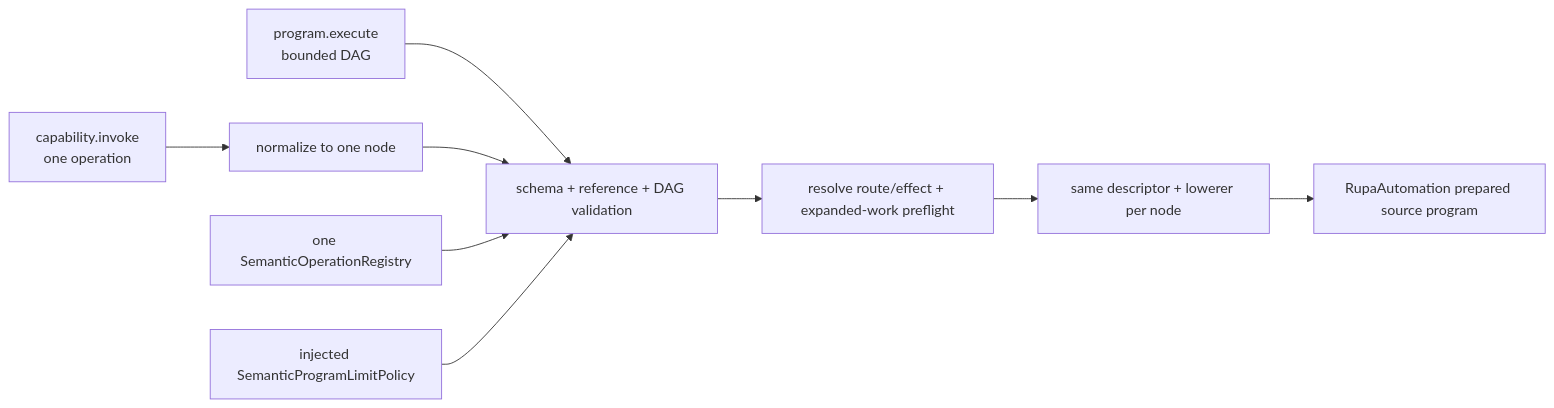
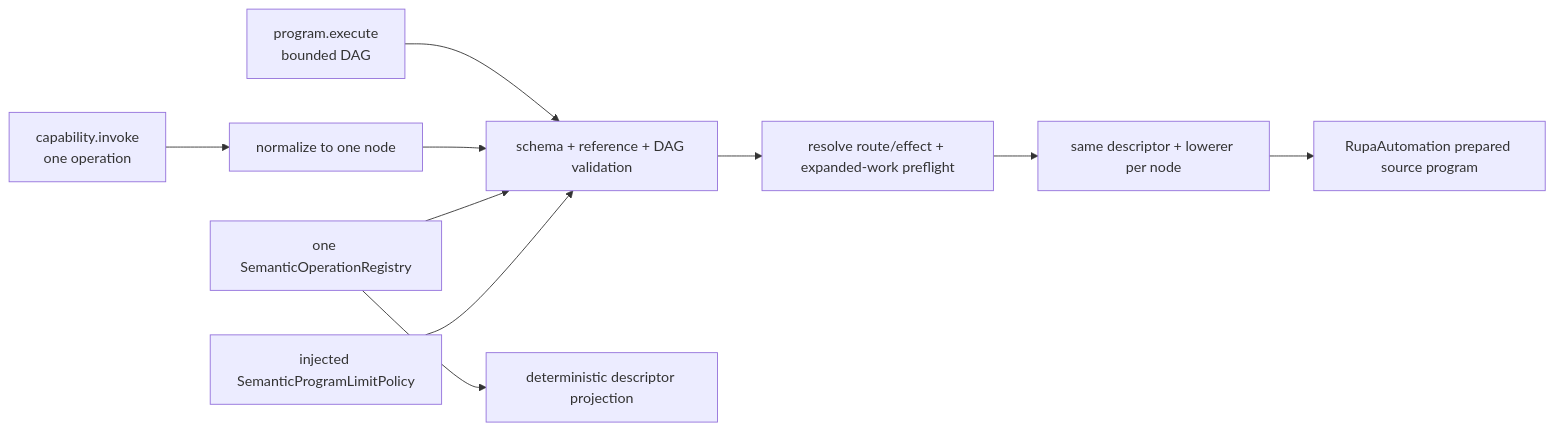
One commit to 1amageek/Rupa changed the first of 2 diagrams in RupaKit/Sources/RupaDomainFoundation/DESIGN.md. Above: the diagram before and after it, drawn with Mermaid. The commit also changed other lines of this file and 28 other files, not shown here.

````diff
--- a/RupaKit/Sources/RupaDomainFoundation/DESIGN.md
+++ b/RupaKit/Sources/RupaDomainFoundation/DESIGN.md
@@ -52,11 +52,12 @@
 ```mermaid
 flowchart LR
     Direct["capability.invoke\none operation"] --> Normalize["normalize to one node"]
     Program["program.execute\nbounded DAG"] --> Validate
     Normalize --> Validate["schema + reference + DAG validation"]
     Registry["one SemanticOperationRegistry"] --> Validate
+    Registry --> Discovery["deterministic descriptor projection"]
     Limits["injected SemanticProgramLimitPolicy"] --> Validate
     Validate --> Preflight["resolve route/effect + expanded-work preflight"]
     Preflight --> Compile["same descriptor + lowerer per node"]
     Compile --> Prepared["RupaAutomation prepared source program"]
 ```
````
